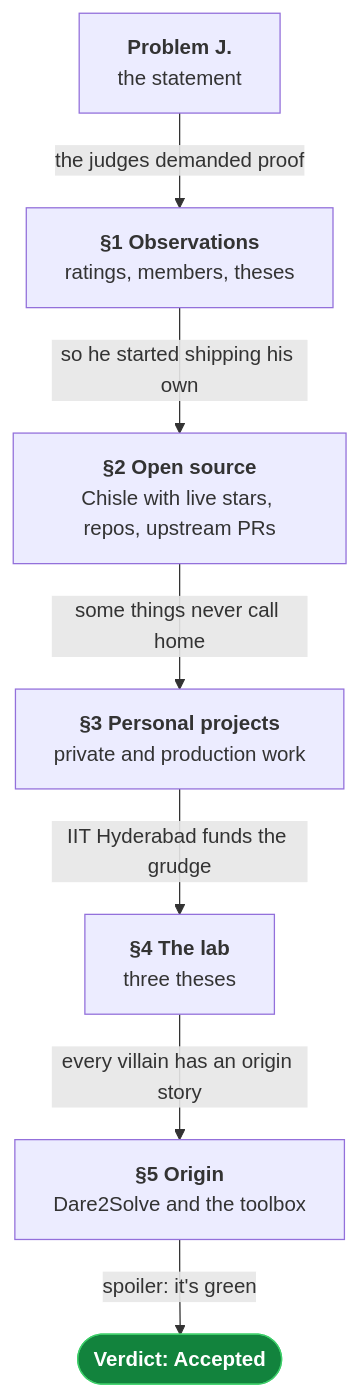
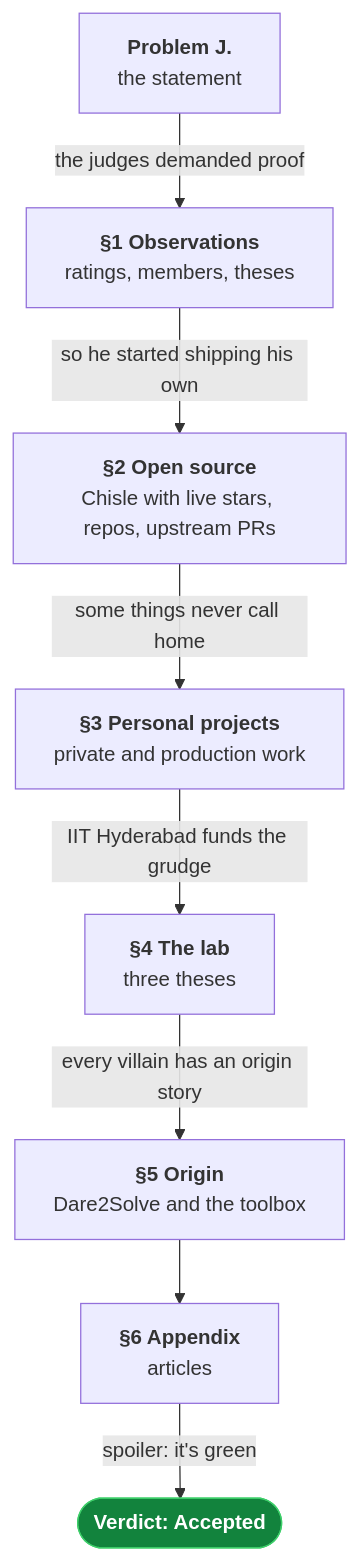
Before and after one commit to JayPokale/modern-portfolio: the first of 2 diagrams in README.md, drawn with Mermaid. The commit also changed 3 other files, not shown here.

````diff
--- a/README.md
+++ b/README.md
@@ -26,11 +26,12 @@
 ```mermaid
 flowchart TD
     P["<b>Problem J.</b><br/>the statement"] -- "the judges demanded proof" --> O["<b>§1 Observations</b><br/>ratings, members, theses"]
     O -- "so he started shipping his own" --> S["<b>§2 Open source</b><br/>Chisle with live stars, repos, upstream PRs"]
     S -- "some things never call home" --> R["<b>§3 Personal projects</b><br/>private and production work"]
     R -- "IIT Hyderabad funds the grudge" --> L["<b>§4 The lab</b><br/>three theses"]
     L -- "every villain has an origin story" --> G["<b>§5 Origin</b><br/>Dare2Solve and the toolbox"]
-    G -- "spoiler: it's green" --> V(["<b>Verdict: Accepted</b>"])
+    G --> W["<b>§6 Appendix</b><br/>articles"]
+    W -- "spoiler: it's green" --> V(["<b>Verdict: Accepted</b>"])
     classDef accepted fill:#12833d,stroke:#3ecf6a,color:#ffffff
     class V accepted
 ```
````
